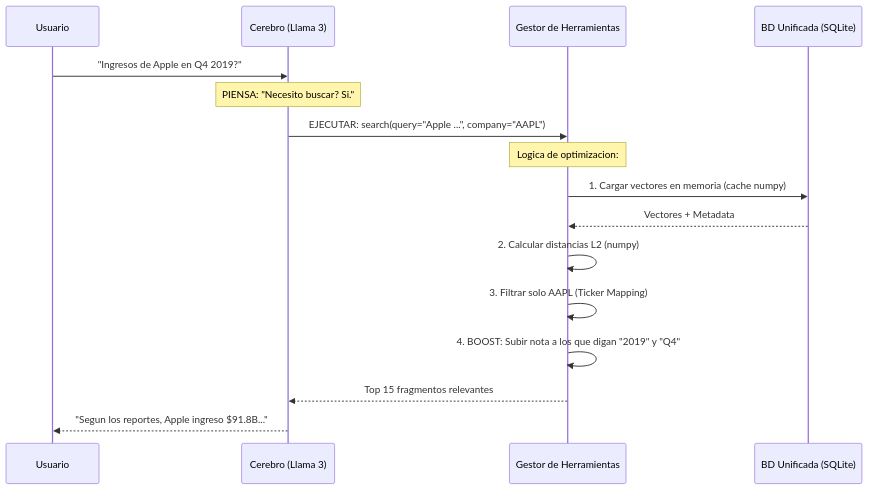
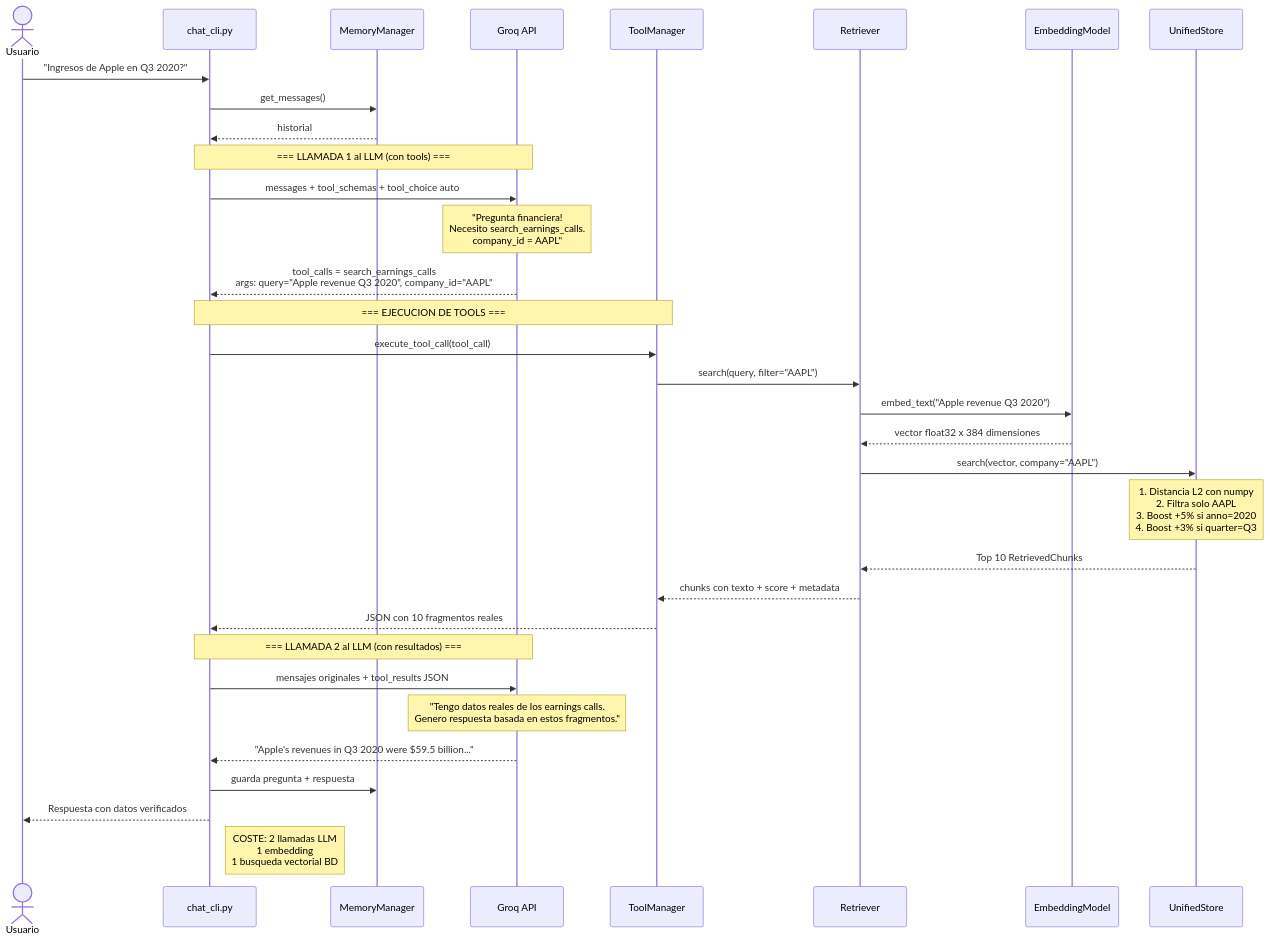
Before and after one commit to alvaroiniguezdisla/Arquitectura_rag_earnings_NSDQ: the fourth of 8 diagrams in docs/architecture.md, drawn with Mermaid. The commit also changed other lines of this file and 2 other files, not shown here.

````diff
--- a/docs/architecture.md
+++ b/docs/architecture.md
@@ -40,21 +135,45 @@
 ```mermaid
 sequenceDiagram
-    participant U as Usuario
-    participant Agente as Cerebro (Llama 3)
-    participant Tools as Gestor de Herramientas
-    participant DB as BD Unificada (SQLite)
+    actor U as Usuario
+    participant CLI as chat_cli.py
+    participant MEM as MemoryManager
+    participant LLM as Groq API
+    participant TM as ToolManager
+    participant RET as Retriever
+    participant EMB as EmbeddingModel
+    participant DB as UnifiedStore
 
-    U->>Agente: "Ingresos de Apple en Q4 2019?"
-    Note over Agente: PIENSA: "Necesito buscar? Si."
-    Agente->>Tools: EJECUTAR: search(query="Apple ...", company="AAPL")
+    U->>CLI: "Ingresos de Apple en Q3 2020?"
+    CLI->>MEM: get_messages()
+    MEM-->>CLI: historial
 
-    Note over Tools: Logica de optimizacion:
-    Tools->>DB: 1. Cargar vectores en memoria (cache numpy)
-    DB-->>Tools: Vectores + Metadata
-    Tools->>Tools: 2. Calcular distancias L2 (numpy)
-    Tools->>Tools: 3. Filtrar solo AAPL (Ticker Mapping)
-    Tools->>Tools: 4. BOOST: Subir nota a los que digan "2019" y "Q4"
+    Note over CLI,LLM: === LLAMADA 1 al LLM (con tools) ===
+    CLI->>LLM: messages + tool_schemas + tool_choice auto
 
-    Tools-->>Agente: Top 15 fragmentos relevantes
-    Agente-->>U: "Segun los reportes, Apple ingreso $91.8B..."
+    Note over LLM: "Pregunta financiera!<br/>Necesito search_earnings_calls.<br/>company_id = AAPL"
+
+    LLM-->>CLI: tool_calls = search_earnings_calls<br/>args: query="Apple revenue Q3 2020", company_id="AAPL"
+
+    Note over CLI,TM: === EJECUCION DE TOOLS ===
+    CLI->>TM: execute_tool_call(tool_call)
+    TM->>RET: search(query, filter="AAPL")
+    RET->>EMB: embed_text("Apple revenue Q3 2020")
+    EMB-->>RET: vector float32 x 384 dimensiones
+
+    RET->>DB: search(vector, company="AAPL")
+    Note over DB: 1. Distancia L2 con numpy<br/>2. Filtra solo AAPL<br/>3. Boost +5% si anno=2020<br/>4. Boost +3% si quarter=Q3
+    DB-->>RET: Top 10 RetrievedChunks
+    RET-->>TM: chunks con texto + score + metadata
+    TM-->>CLI: JSON con 10 fragmentos reales
+
+    Note over CLI,LLM: === LLAMADA 2 al LLM (con resultados) ===
+    CLI->>LLM: mensajes originales + tool_results JSON
+
+    Note over LLM: "Tengo datos reales de los earnings calls.<br/>Genero respuesta basada en estos fragmentos."
+    LLM-->>CLI: "Apple's revenues in Q3 2020 were $59.5 billion..."
+
+    CLI->>MEM: guarda pregunta + respuesta
+    CLI-->>U: Respuesta con datos verificados
+
+    Note right of CLI: COSTE: 2 llamadas LLM<br/>1 embedding<br/>1 busqueda vectorial BD
 ```
````
